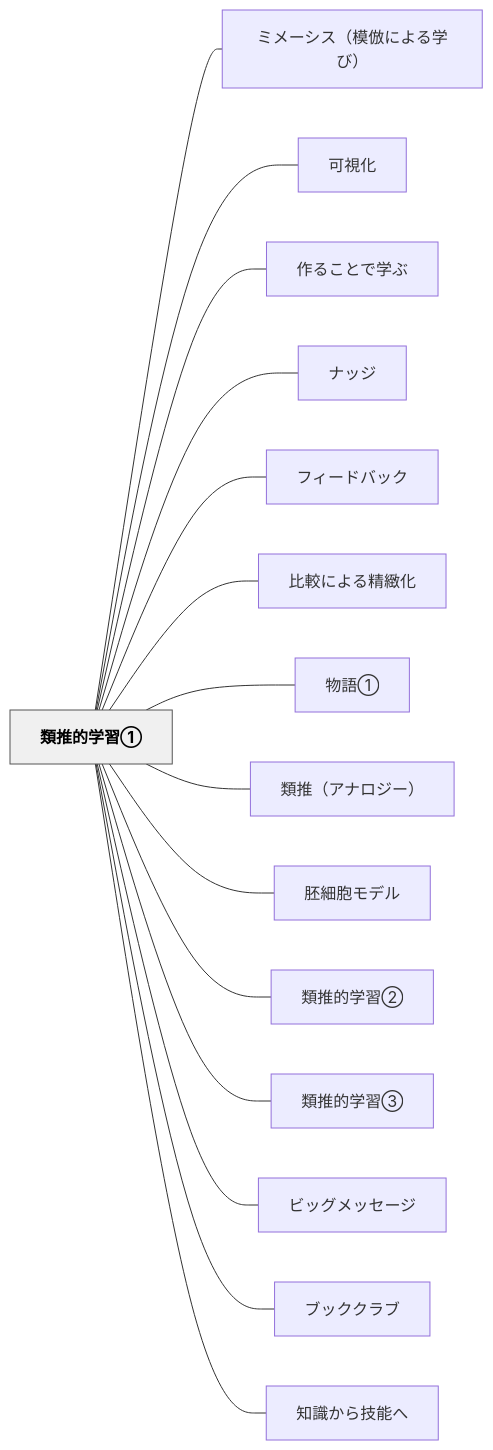
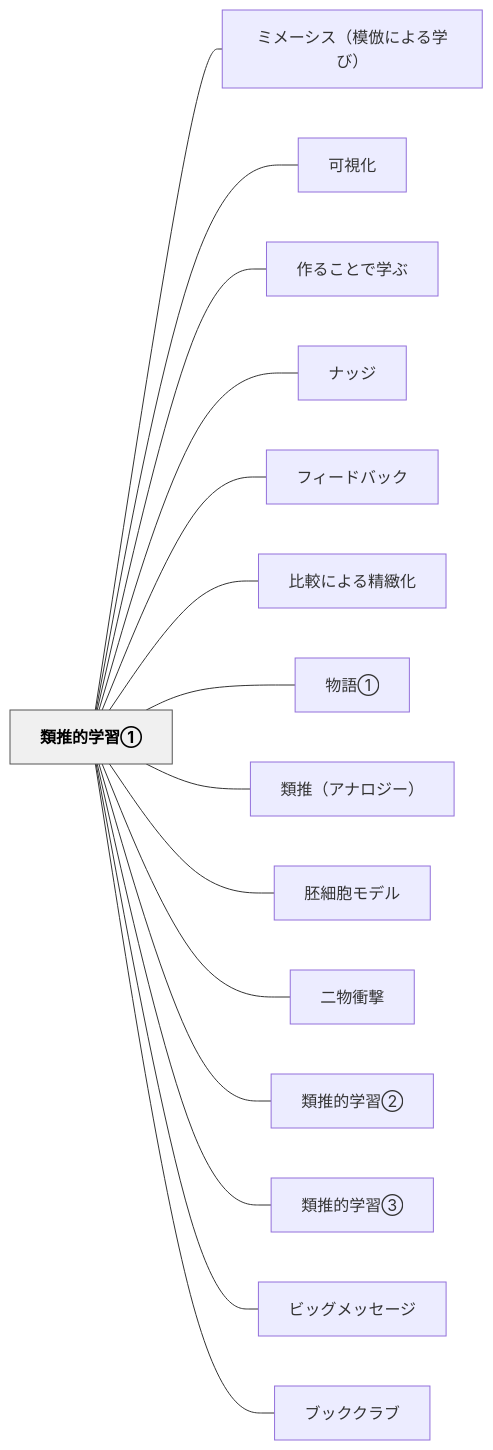
Before and after one commit to unknownthings-ed-patterns/unknownthings-ed-patterns: the diagram in content/パタン/類推的学習①.md, drawn with Mermaid. The commit also changed other lines of this file and 158 other files, not shown here.

````diff
--- a/content/パタン/類推的学習①.md
+++ b/content/パタン/類推的学習①.md
@@ -118,36 +119,36 @@
 ```mermaid
 flowchart LR
     ne9a19ee68ea8e79a84e5ada6e7bf92e291a0["類推的学習①"]
     ne3839fe383a1e383bce382b7e382b9efbc88e6a8a1e580a3e381abe38288e3828be5ada6e381b3efbc89["ミメーシス（模倣による学び）"]
     ne58fafe8a696e58c96["可視化"]
     ne4bd9ce3828be38193e381a8e381a7e5ada6e381b6["作ることで学ぶ"]
     ne3838ae38383e382b8["ナッジ"]
     ne38395e382a3e383bce38389e38390e38383e382af["フィードバック"]
     ne6af94e8bc83e381abe38288e3828be7b2bee7b7bbe58c96["比較による精緻化"]
     ne789a9e8aa9ee291a0["物語①"]
     ne9a19ee68ea8efbc88e382a2e3838ae383ade382b8e383bcefbc89["類推（アナロジー）"]
     ne8839ae7b4b0e8839ee383a2e38387e383ab["胚細胞モデル"]
+    ne4ba8ce789a9e8a19de69283["二物衝撃"]
     ne9a19ee68ea8e79a84e5ada6e7bf92e291a1["類推的学習②"]
     ne9a19ee68ea8e79a84e5ada6e7bf92e291a2["類推的学習③"]
     ne38393e38383e382b0e383a1e38383e382bbe383bce382b8["ビッグメッセージ"]
     ne38396e38383e382afe382afe383a9e38396["ブッククラブ"]
-    ne79fa5e8ad98e3818be38289e68a80e883bde381b8["知識から技能へ"]
 
     ne9a19ee68ea8e79a84e5ada6e7bf92e291a0 --- ne3839fe383a1e383bce382b7e382b9efbc88e6a8a1e580a3e381abe38288e3828be5ada6e381b3efbc89
     ne9a19ee68ea8e79a84e5ada6e7bf92e291a0 --- ne58fafe8a696e58c96
     ne9a19ee68ea8e79a84e5ada6e7bf92e291a0 --- ne4bd9ce3828be38193e381a8e381a7e5ada6e381b6
     ne9a19ee68ea8e79a84e5ada6e7bf92e291a0 --- ne3838ae38383e382b8
     ne9a19ee68ea8e79a84e5ada6e7bf92e291a0 --- ne38395e382a3e383bce38389e38390e38383e382af
     ne9a19ee68ea8e79a84e5ada6e7bf92e291a0 --- ne6af94e8bc83e381abe38288e3828be7b2bee7b7bbe58c96
     ne9a19ee68ea8e79a84e5ada6e7bf92e291a0 --- ne789a9e8aa9ee291a0
     ne9a19ee68ea8e79a84e5ada6e7bf92e291a0 --- ne9a19ee68ea8efbc88e382a2e3838ae383ade382b8e383bcefbc89
     ne9a19ee68ea8e79a84e5ada6e7bf92e291a0 --- ne8839ae7b4b0e8839ee383a2e38387e383ab
+    ne9a19ee68ea8e79a84e5ada6e7bf92e291a0 --- ne4ba8ce789a9e8a19de69283
     ne9a19ee68ea8e79a84e5ada6e7bf92e291a0 --- ne9a19ee68ea8e79a84e5ada6e7bf92e291a1
     ne9a19ee68ea8e79a84e5ada6e7bf92e291a0 --- ne9a19ee68ea8e79a84e5ada6e7bf92e291a2
     ne9a19ee68ea8e79a84e5ada6e7bf92e291a0 --- ne38393e38383e382b0e383a1e38383e382bbe383bce382b8
     ne9a19ee68ea8e79a84e5ada6e7bf92e291a0 --- ne38396e38383e382afe382afe383a9e38396
-    ne9a19ee68ea8e79a84e5ada6e7bf92e291a0 --- ne79fa5e8ad98e3818be38289e68a80e883bde381b8
 
     classDef hub fill:#f0f0f0,stroke:#555,color:#000,font-weight:bold
     class ne9a19ee68ea8e79a84e5ada6e7bf92e291a0 hub
 ```
````
